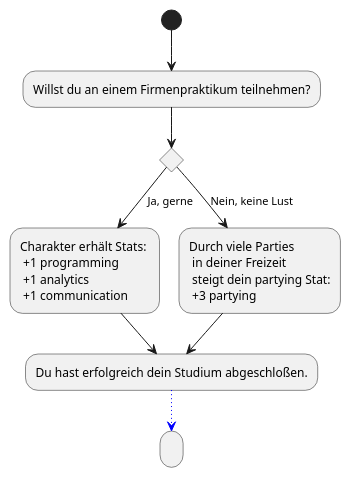
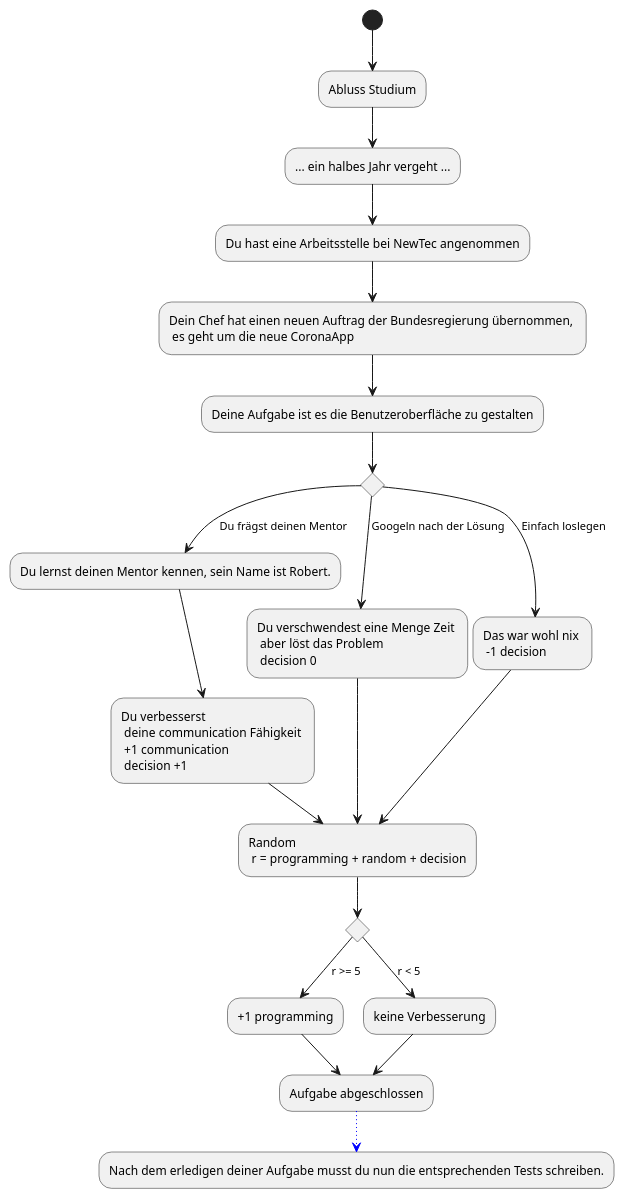
Before and after one commit to Brotenko/QualityQuest: the diagram in Docs/Technical Specifications/docs/diagrams/StoryFlow/StoryFlow_Decision_5.puml, drawn with PlantUML. The commit also changed 6 other files, not shown here.

Commit message:
More StoryFlowDecision diagrams.

```diff
--- a/Docs/Technical Specifications/docs/diagrams/StoryFlow/StoryFlow_Decision_5.puml
+++ b/Docs/Technical Specifications/docs/diagrams/StoryFlow/StoryFlow_Decision_5.puml
@@ -1,19 +1,33 @@
 @startuml
-(*) --> "Willst du an einem Firmenpraktikum teilnehmen?"
+(*) --> "Abluss Studium" as as
+--> "... ein halbes Jahr vergeht ..."
+--> "Du hast eine Arbeitsstelle bei NewTec angenommen"
+--> "Dein Chef hat einen neuen Auftrag der Bundesregierung übernommen, \n es geht um die neue CoronaApp" as a1
+--> "Deine Aufgabe ist es die Benutzeroberfläche zu gestalten"
 if "" then
---> [Ja, gerne] "Charakter erhält Stats: \n +1 programming \n +1 analytics \n +1 communication" as ja
+--> [Du frägst deinen Mentor] "Du lernst deinen Mentor kennen, sein Name ist Robert."
+--> "Du verbesserst \n deine communication Fähigkeit \n +1 communication \n decision +1" as a
 else
---> [Nein, keine Lust] "Durch viele Parties \n in deiner Freizeit \n steigt dein partying Stat:\n +3 partying " as nein
+--> [Googeln nach der Lösung] "Du verschwendest eine Menge Zeit \n aber löst das Problem \n decision 0" as b
+else
+--> [Einfach loslegen] "Das war wohl nix \n -1 decision" as c
 
-ja --> "Du hast erfolgreich dein Studium abgeschloßen." as a
-nein --> a
+a --> "Random \n r = programming + random + decision" as r
+b --> r
+c --> r
+
+if "" then
+--> [r >= 5] "+1 programming" as p1
+else
+--> [r < 5] "keine Verbesserung"
+
+--> "Aufgabe abgeschlossen" as aa
+
+p1 --> aa
 
 
-
-
-
--[#blue,dotted]-> " "
+-[#blue,dotted]-> "Nach dem erledigen deiner Aufgabe musst du nun die entsprechenden Tests schreiben."
 
 
 
 @enduml
```
